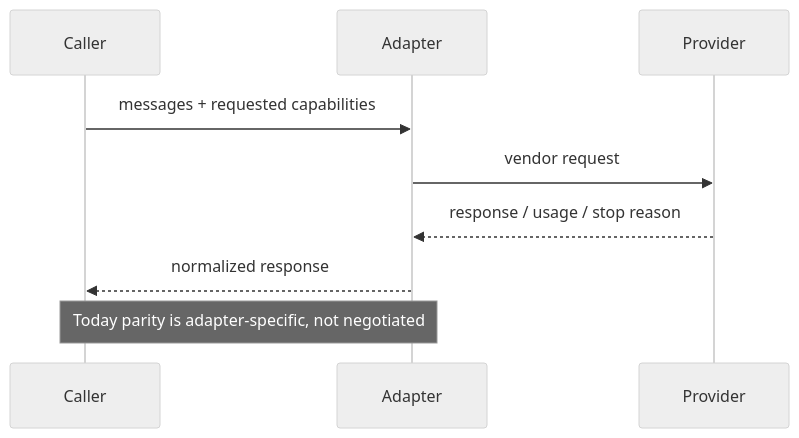
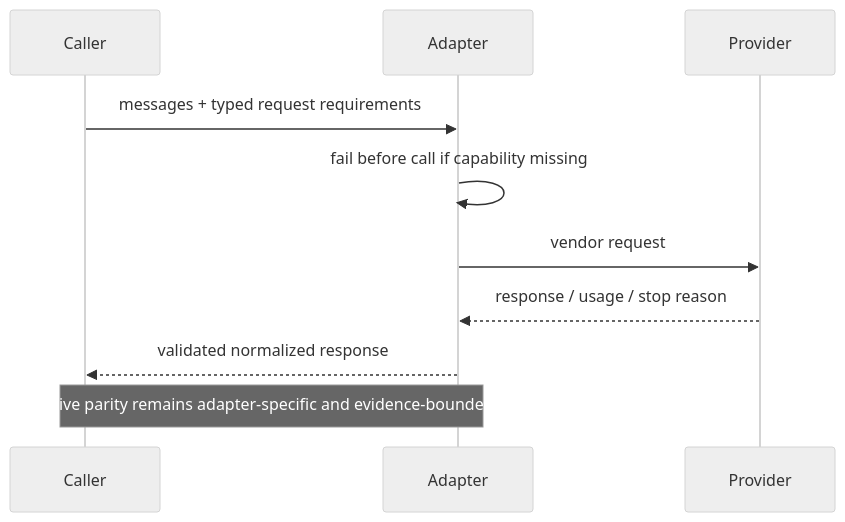
Before and after one commit to levalencia/archon: the second of 2 diagrams in docs/course/concepts/provider-adapters-capability-parity.md, drawn with Mermaid (neutral theme). The commit also changed other lines of this file and 3 other files, not shown here.

````diff
--- a/docs/course/concepts/provider-adapters-capability-parity.md
+++ b/docs/course/concepts/provider-adapters-capability-parity.md
@@ -32,8 +34,9 @@
 ```mermaid
 sequenceDiagram
-    Caller->>Adapter: messages + requested capabilities
+    Caller->>Adapter: messages + typed request requirements
+    Adapter->>Adapter: fail before call if capability missing
     Adapter->>Provider: vendor request
     Provider-->>Adapter: response / usage / stop reason
-    Adapter-->>Caller: normalized response
-    Note over Caller,Adapter: Today parity is adapter-specific, not negotiated
+    Adapter-->>Caller: validated normalized response
+    Note over Caller,Adapter: Live parity remains adapter-specific and evidence-bounded
 ```
````
